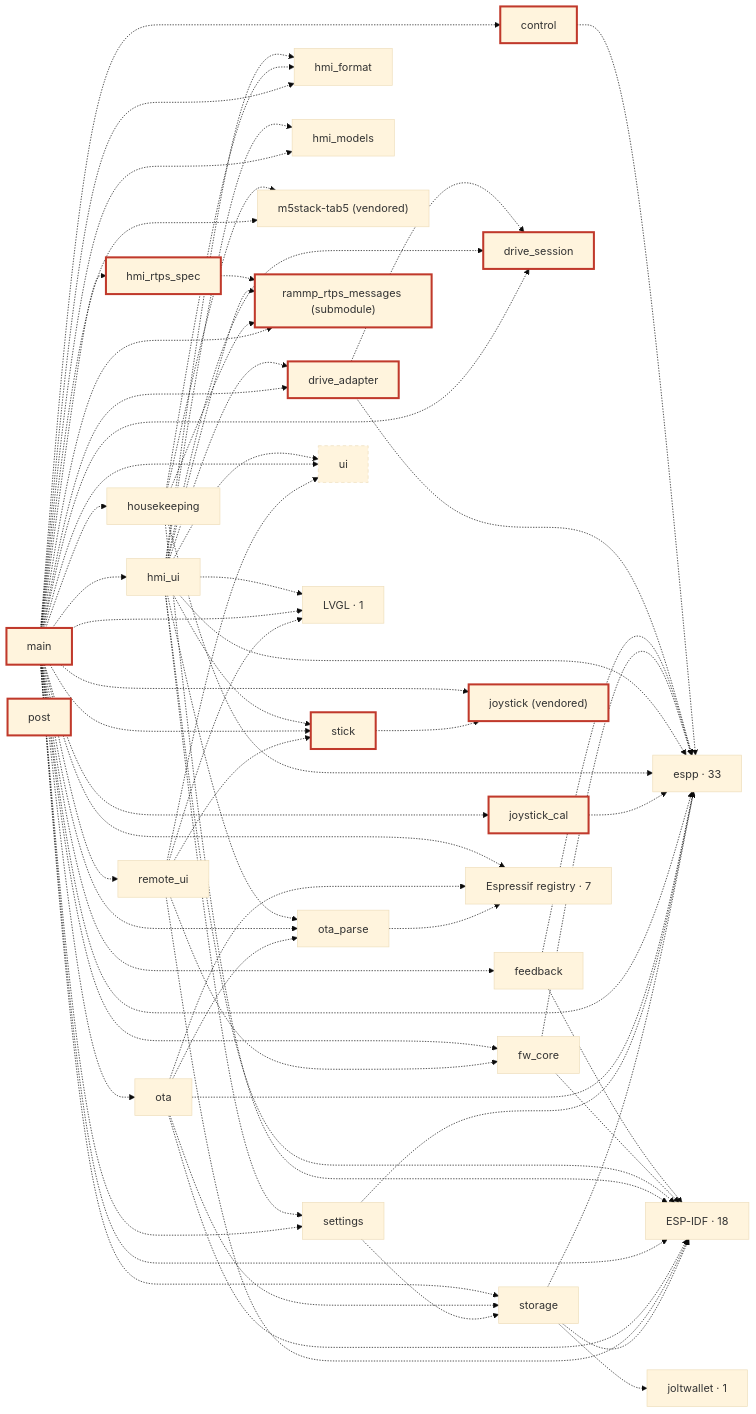
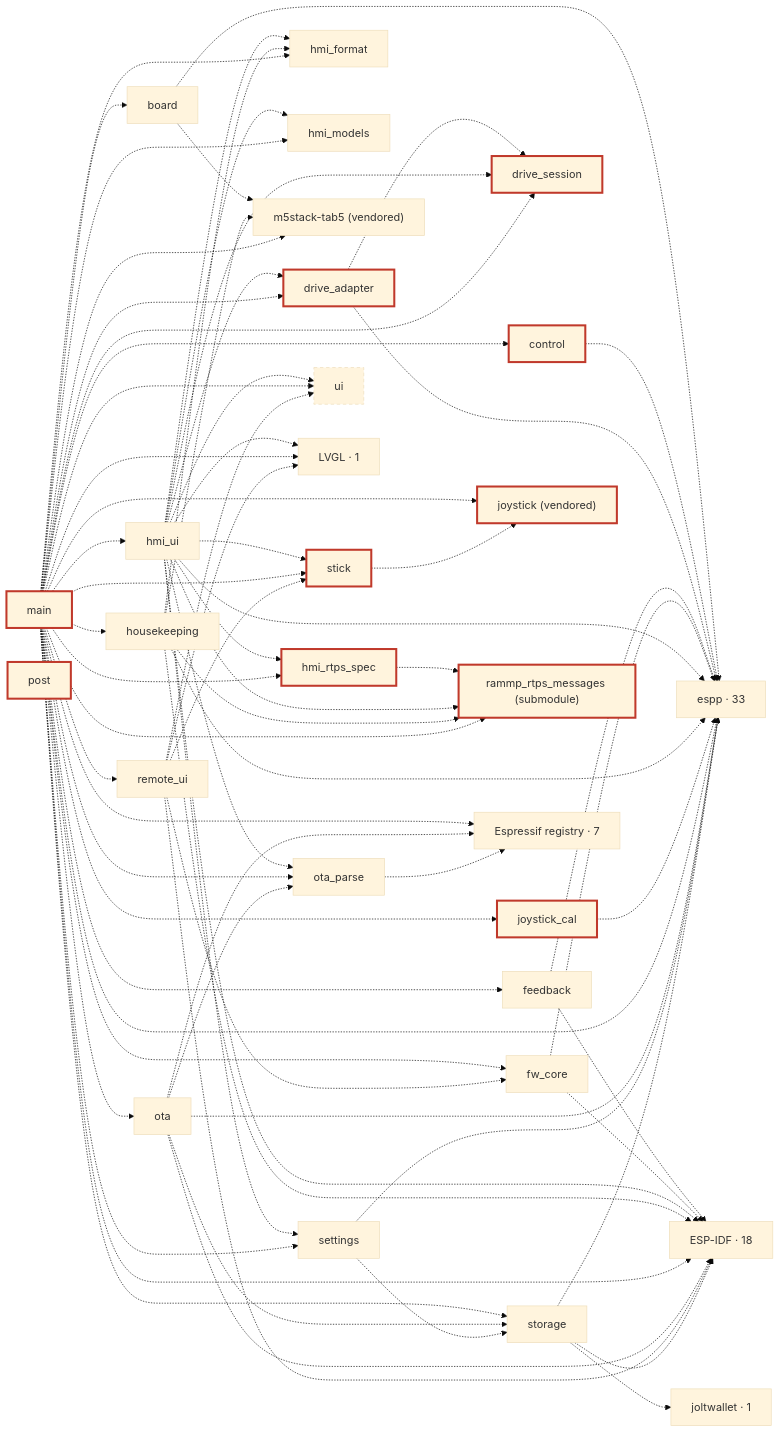
The third of 3 diagrams in docs/architecture.md (rammp-org/pace-hmi-fw), drawn with Mermaid (base theme) before and after one commit. The commit also changed 8 other files, not shown here.

````diff
--- a/docs/architecture.md
+++ b/docs/architecture.md
@@ -163,5 +163,6 @@
 ```mermaid
 flowchart LR
+  c_board["board"]
   c_control["control"]:::safety
   c_drive_adapter["drive_adapter"]:::safety
   c_drive_session["drive_session"]:::safety
@@ -190,6 +191,8 @@
   g_Espressif_registry["Espressif registry · 7"]
   g_joltwallet["joltwallet · 1"]
   g_LVGL["LVGL · 1"]
+  c_board -.-> c_m5stack_tab5
+  c_board -.-> g_espp
   c_control -.-> g_espp
   c_drive_adapter -.-> c_drive_session
   c_drive_adapter -.-> g_espp
@@ -202,6 +205,7 @@
   c_hmi_ui -.-> c_drive_session
   c_hmi_ui -.-> c_hmi_format
   c_hmi_ui -.-> c_hmi_models
+  c_hmi_ui -.-> c_hmi_rtps_spec
   c_hmi_ui -.-> c_ota_parse
   c_hmi_ui -.-> c_rammp_rtps_messages
   c_hmi_ui -.-> c_settings
@@ -216,6 +220,7 @@
   c_housekeeping -.-> g_ESP_IDF
   c_housekeeping -.-> g_espp
   c_joystick_cal -.-> g_espp
+  c_main -.-> c_board
   c_main -.-> c_control
   c_main -.-> c_drive_adapter
   c_main -.-> c_drive_session
````
